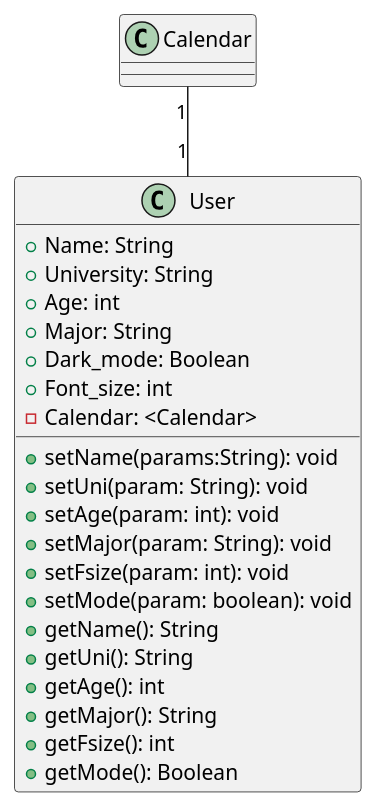
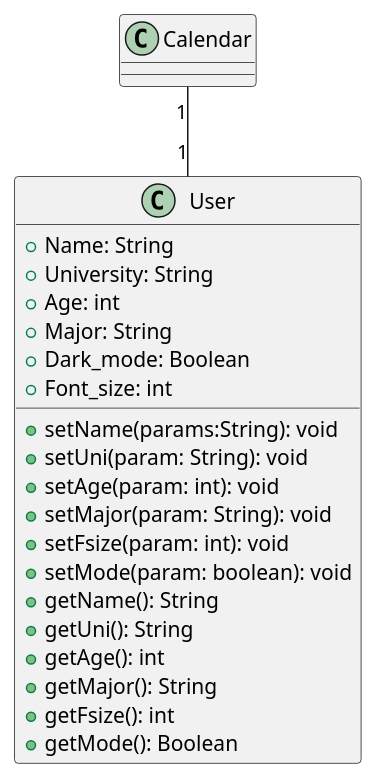
Before and after one commit to CS361-2024Fall-Term/Innovators: the diagram in assignment6/user.puml, drawn with PlantUML.

```diff
--- a/assignment6/user.puml
+++ b/assignment6/user.puml
@@ -1,34 +1,33 @@
 @startuml
 
 class User {
   +Name: String
   +University: String
   +Age: int
   +Major: String
   +Dark_mode: Boolean
   +Font_size: int
-  -Calendar: <Calendar>
   +setName(params:String): void
   +setUni(param: String): void
   +setAge(param: int): void
   +setMajor(param: String): void
   +setFsize(param: int): void
   +setMode(param: boolean): void
   +getName(): String
   +getUni(): String
   +getAge(): int
   +getMajor(): String
   +getFsize(): int
   +getMode(): Boolean
  
 }
 
 class Calendar{
   
 }
 
 Calendar "1" -- "1" User
 
 
 
 @enduml
```
